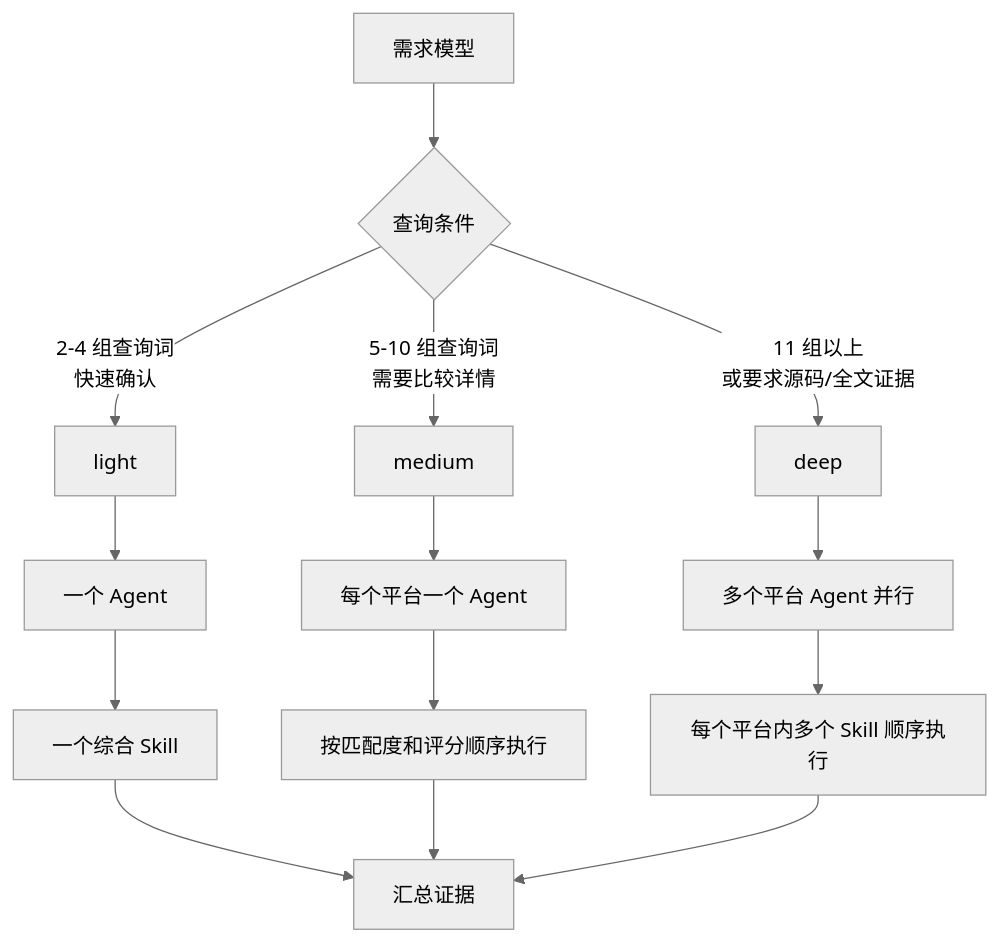
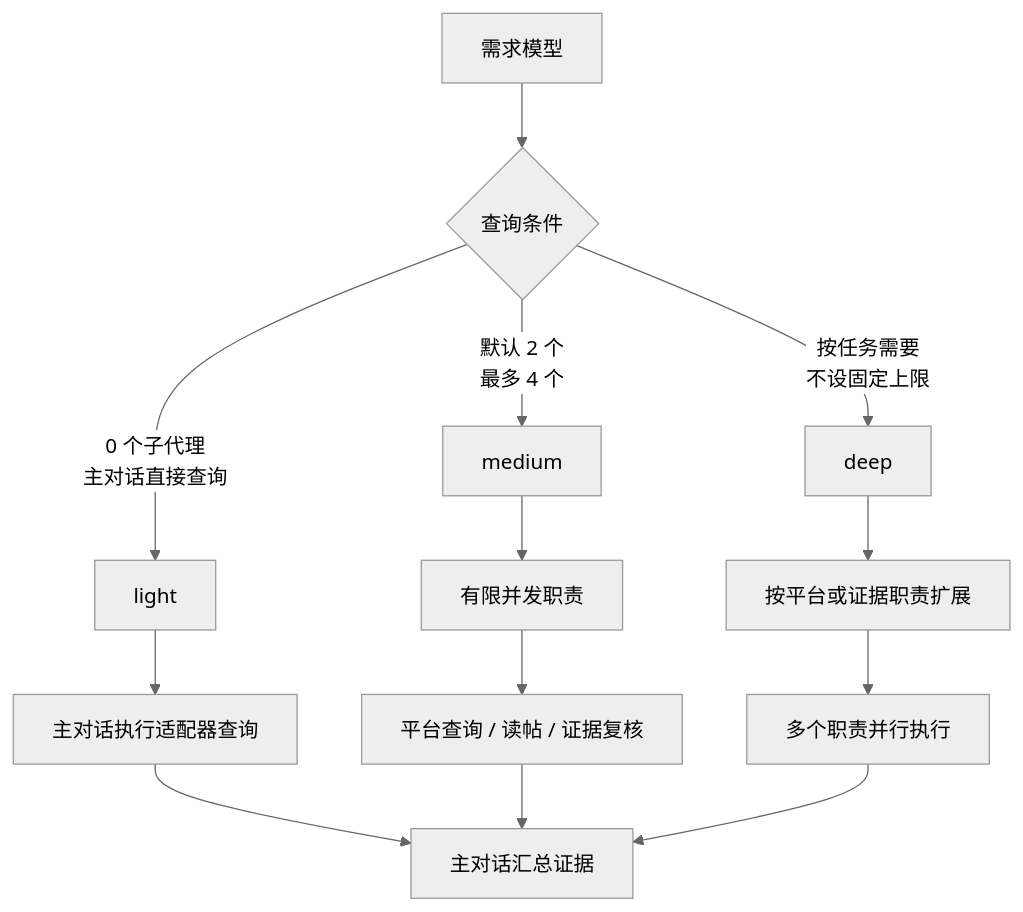
One commit to sxyq/research-router changed the fourth of 5 diagrams in README.md. Above: the diagram before and after it, drawn with Mermaid (neutral theme). The commit also changed other lines of this file and 30 other files, not shown here.

````diff
--- a/README.md
+++ b/README.md
@@ -150,16 +172,15 @@
 ```mermaid
 flowchart TD
     A[需求模型] --> B{查询条件}
-    B -->|2-4 组查询词<br/>快速确认| L[light]
-    B -->|5-10 组查询词<br/>需要比较详情| M[medium]
-    B -->|11 组以上<br/>或要求源码/全文证据| D[deep]
-    L --> L1[一个 Agent]
-    L1 --> L2[一个综合 Skill]
-    M --> M1[每个平台一个 Agent]
-    M1 --> M2[按匹配度和评分顺序执行]
-    D --> D1[多个平台 Agent 并行]
-    D1 --> D2[每个平台内多个 Skill 顺序执行]
-    L2 --> E[汇总证据]
+    B -->|0 个子代理<br/>主对话直接查询| L[light]
+    B -->|默认 2 个<br/>最多 4 个| M[medium]
+    B -->|按任务需要<br/>不设固定上限| D[deep]
+    L --> L1[主对话执行适配器查询]
+    M --> M1[有限并发职责]
+    M1 --> M2[平台查询 / 读帖 / 证据复核]
+    D --> D1[按平台或证据职责扩展]
+    D1 --> D2[多个职责并行执行]
+    L1 --> E[主对话汇总证据]
     M2 --> E
     D2 --> E
 ```
````
